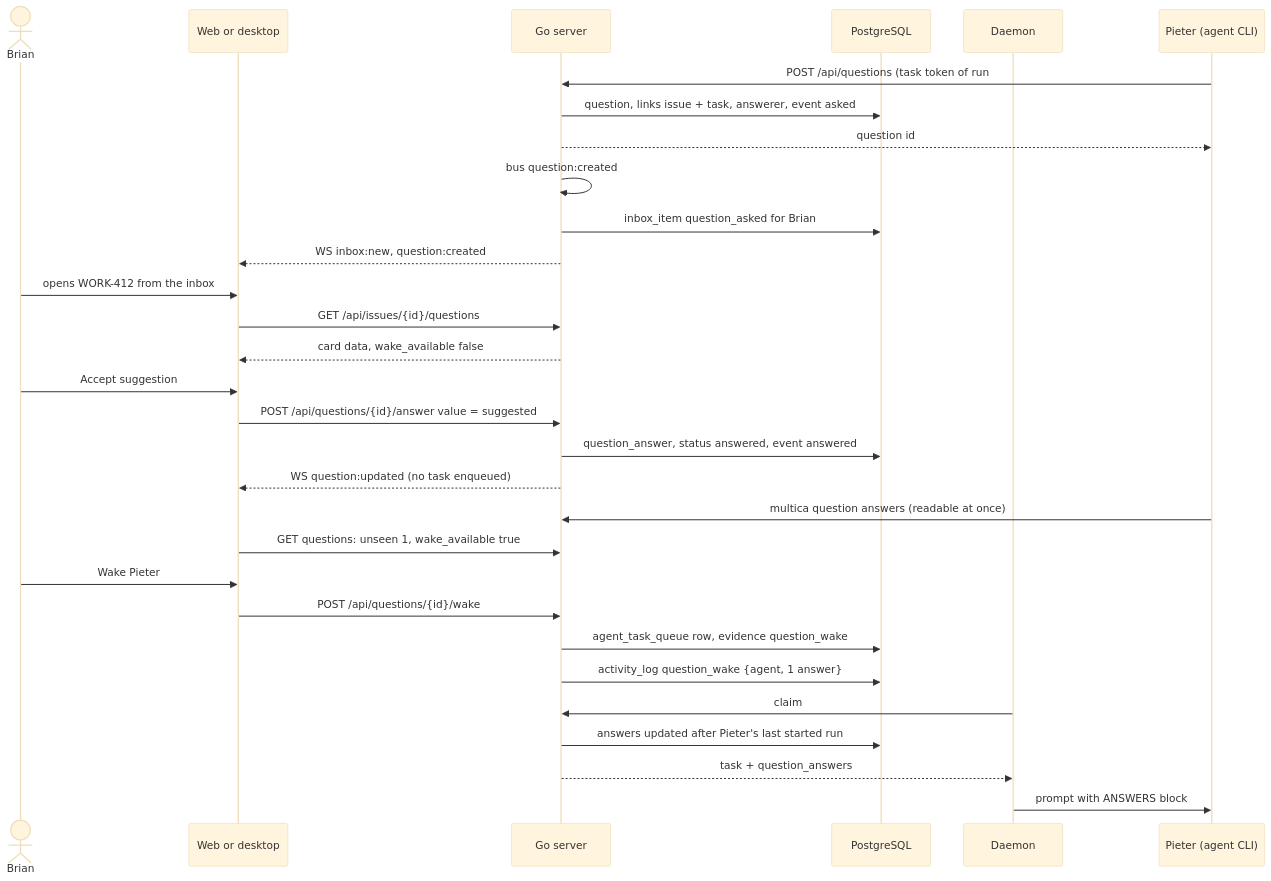
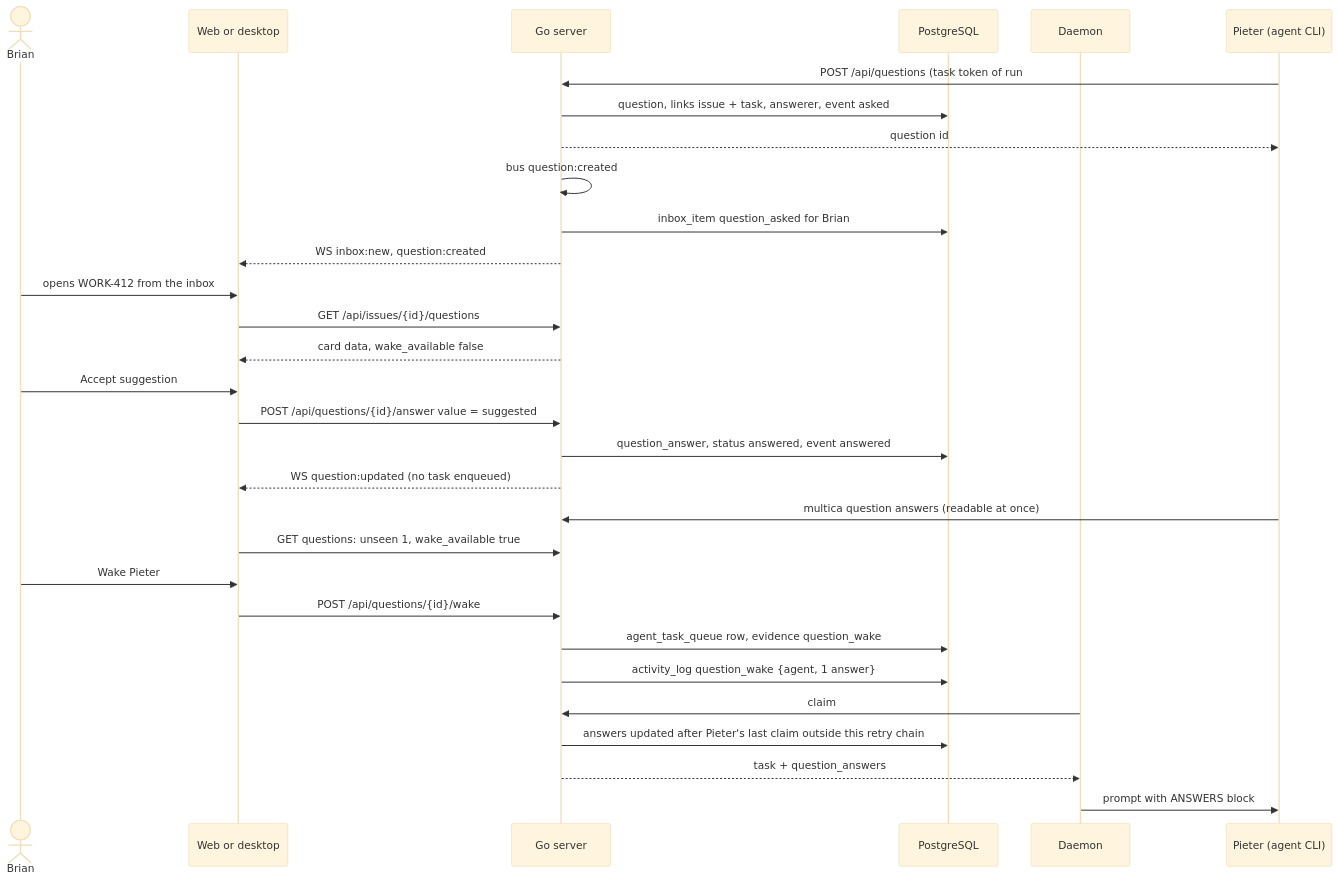
The sixth of 6 diagrams in specs/openspec/changes/answer-an-agents-question-and-wake-it/design.md (appboypov/multica), drawn with Mermaid (base theme) before and after one commit. The commit also changed other lines of this file and 12 other files, not shown here.

````diff
--- a/specs/openspec/changes/answer-an-agents-question-and-wake-it/design.md
+++ b/specs/openspec/changes/answer-an-agents-question-and-wake-it/design.md
@@ -188,32 +188,32 @@
 ```mermaid
 sequenceDiagram
   actor B as Brian
   participant UI as Web or desktop
   participant S as Go server
   participant DB as PostgreSQL
   participant D as Daemon
   participant P as Pieter (agent CLI)
   P->>S: POST /api/questions (task token of run #3)
   S->>DB: question, links issue + task, answerer, event asked
   S-->>P: question id
   S->>S: bus question:created
   S->>DB: inbox_item question_asked for Brian
   S-->>UI: WS inbox:new, question:created
   B->>UI: opens WORK-412 from the inbox
   UI->>S: GET /api/issues/{id}/questions
   S-->>UI: card data, wake_available false
   B->>UI: Accept suggestion
   UI->>S: POST /api/questions/{id}/answer value = suggested
   S->>DB: question_answer, status answered, event answered
   S-->>UI: WS question:updated (no task enqueued)
   P->>S: multica question answers (readable at once)
   UI->>S: GET questions: unseen 1, wake_available true
   B->>UI: Wake Pieter
   UI->>S: POST /api/questions/{id}/wake
   S->>DB: agent_task_queue row, evidence question_wake
   S->>DB: activity_log question_wake {agent, 1 answer}
   D->>S: claim
-  S->>DB: answers updated after Pieter's last started run
+  S->>DB: answers updated after Pieter's last claim outside this retry chain
   S-->>D: task + question_answers
   D->>P: prompt with ANSWERS block
 ```
````
